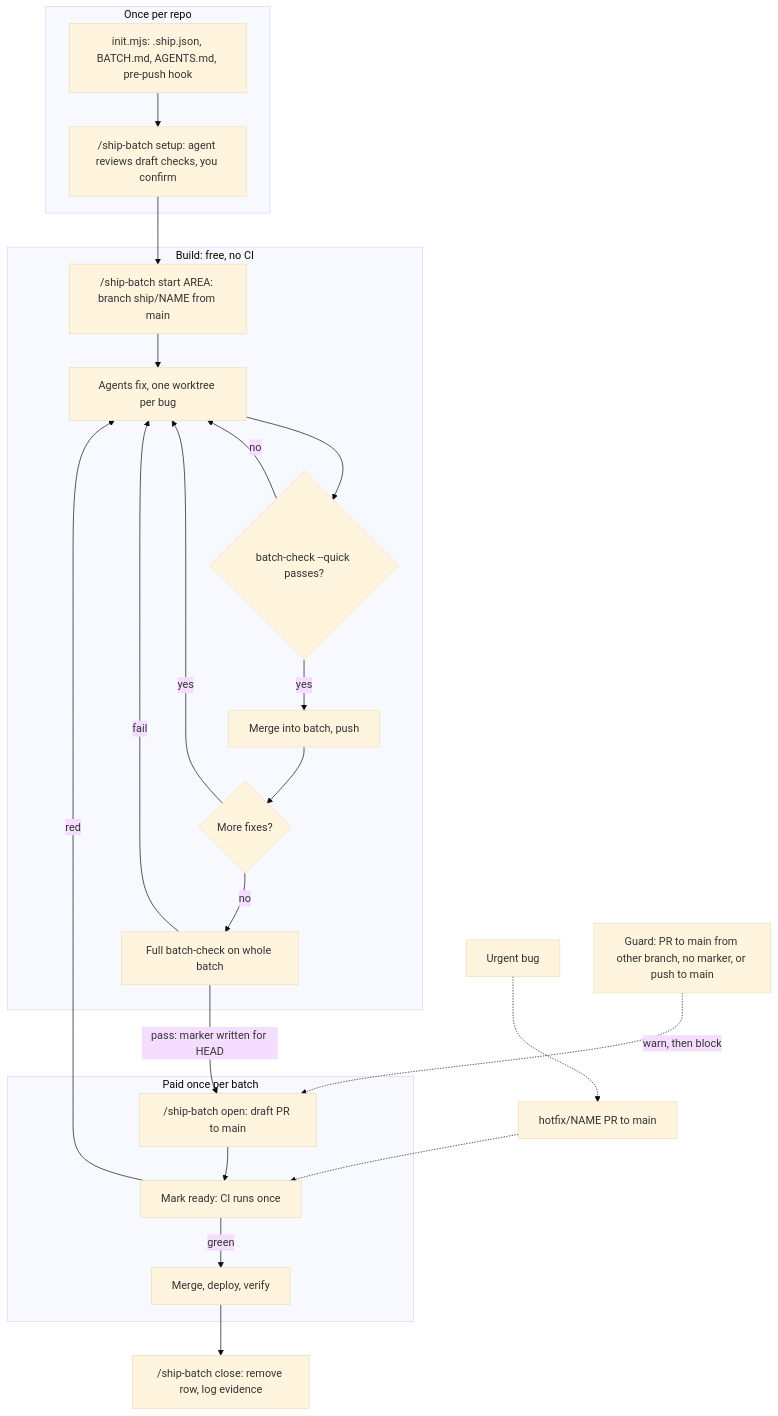
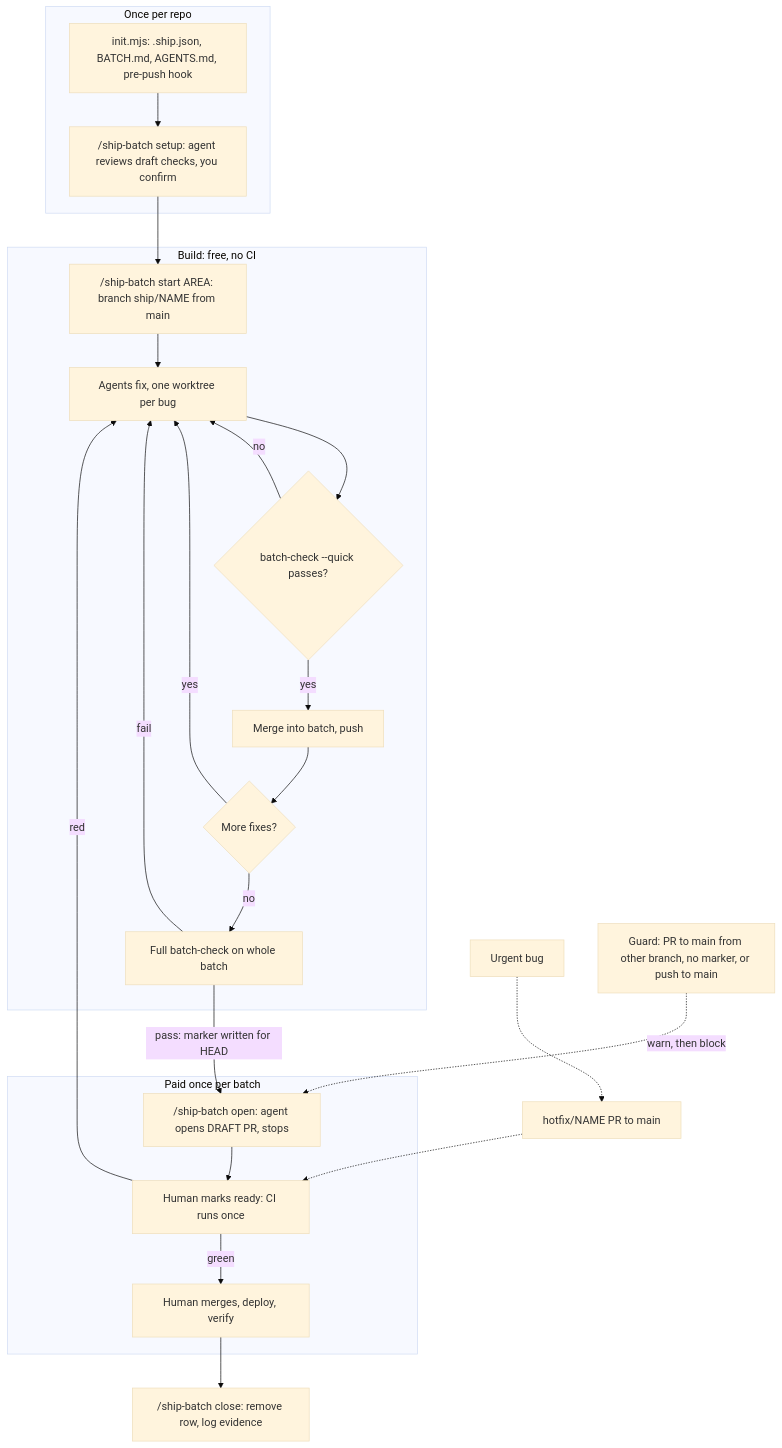
One commit to klovr-co/batchship changed the diagram in README.md. Above: the diagram before and after it, drawn with Mermaid (base theme). The commit also changed 5 other files, not shown here.

Commit message:
Guard: agents open drafts only, never mark ready or merge; update rules and diagram

````diff
--- a/README.md
+++ b/README.md
@@ -27,30 +27,30 @@
 ```mermaid
 flowchart TD
   subgraph Setup["Once per repo"]
     I["init.mjs: .ship.json, BATCH.md, AGENTS.md, pre-push hook"] --> S["/ship-batch setup: agent reviews draft checks, you confirm"]
   end
 
   subgraph Build["Build: free, no CI"]
     A["/ship-batch start AREA: branch ship/NAME from main"] --> B["Agents fix, one worktree per bug"]
     B --> C{"batch-check --quick passes?"}
     C -- "no" --> B
     C -- "yes" --> D["Merge into batch, push"]
     D --> E{"More fixes?"}
     E -- "yes" --> B
     E -- "no" --> F["Full batch-check on whole batch"]
     F -- "fail" --> B
   end
 
   subgraph Pay["Paid once per batch"]
-    F -- "pass: marker written for HEAD" --> G["/ship-batch open: draft PR to main"]
-    G --> H["Mark ready: CI runs once"]
+    F -- "pass: marker written for HEAD" --> G["/ship-batch open: agent opens DRAFT PR, stops"]
+    G --> H["Human marks ready: CI runs once"]
     H -- "red" --> B
-    H -- "green" --> M["Merge, deploy, verify"]
+    H -- "green" --> M["Human merges, deploy, verify"]
   end
 
   S --> A
   M --> Z["/ship-batch close: remove row, log evidence"]
   U["Urgent bug"] -.-> HF["hotfix/NAME PR to main"] -.-> H
 
   X["Guard: PR to main from other branch, no marker, or push to main"] -. "warn, then block" .-> G
 ```
````
